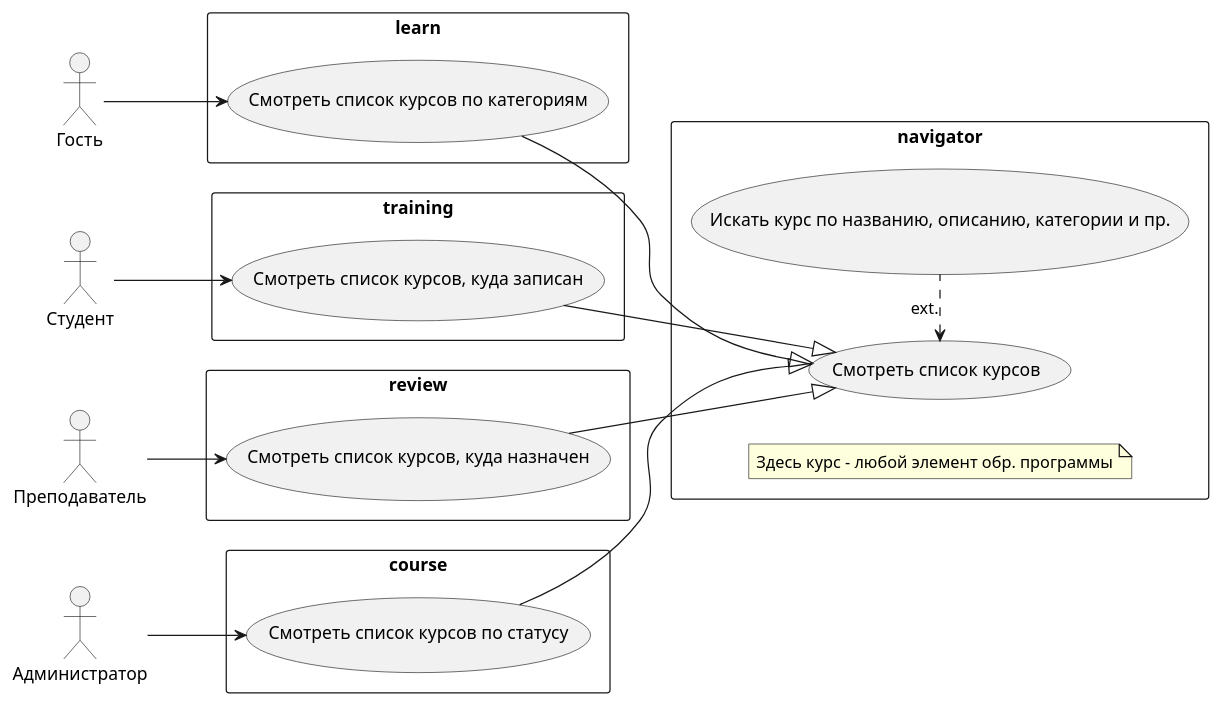
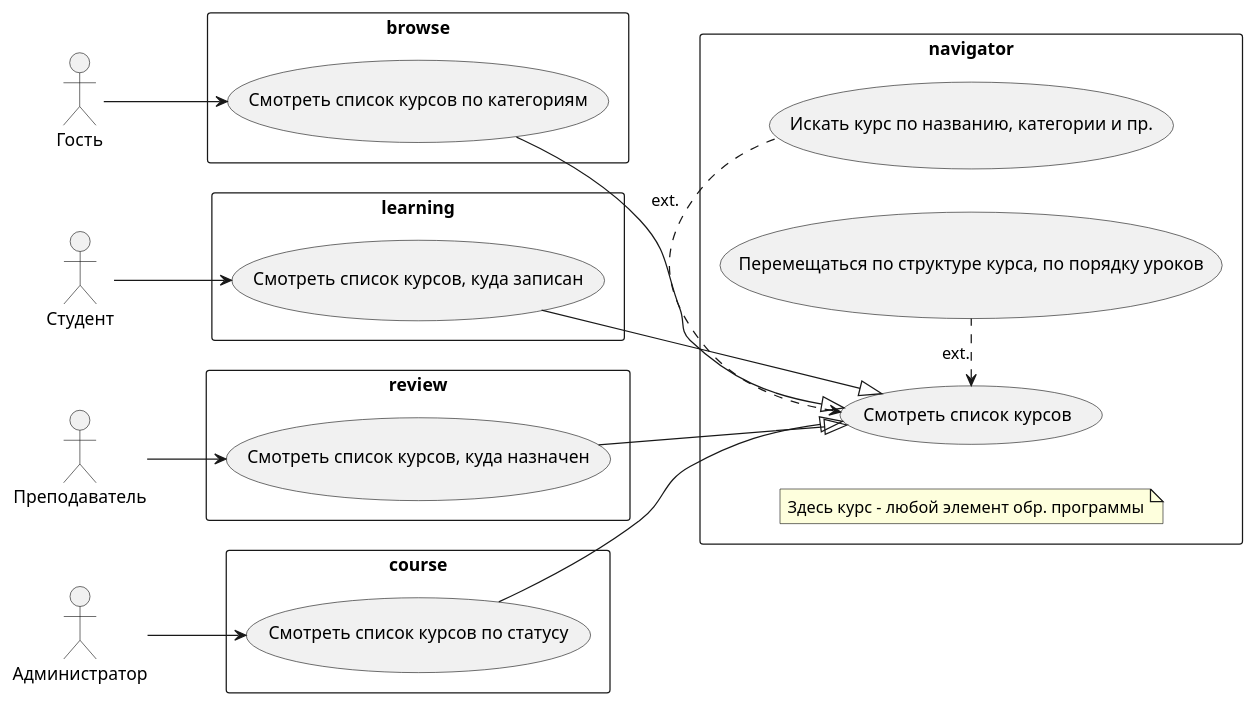
The seventh of 7 diagrams in docs/requirements/requirements.md (karpoftea/mts-kata-2023), drawn with PlantUML before and after one commit. The commit also changed other lines of this file and 3 other files, not shown here.

Commit message:
Добавил sequence для иллюстрации асинхронного взаимодействия, исправил опечатки

````diff
--- a/docs/requirements/requirements.md
+++ b/docs/requirements/requirements.md
@@ -269,44 +268,46 @@
 ```plantuml
 @startuml
 
 left to right direction
 
 actor "Гость" as guest
 actor "Студент" as student
 actor "Преподаватель" as teacher
 actor "Администратор" as admin
 
-rectangle learn {
+rectangle browse {
   usecase "Смотреть список курсов по категориям" as UC21
 }
 
-rectangle training {
+rectangle learning {
   usecase "Смотреть список курсов, куда записан" as UC31
 }
 
 rectangle review {
   usecase "Смотреть список курсов, куда назначен" as UC32
 }
 
 rectangle course {
   usecase "Смотреть список курсов по статусу" as UC71
 }
 
 rectangle navigator {
   usecase "Смотреть список курсов" as UC81
-  usecase "Искать курс по названию, описанию, категории и пр." as UC82
+  usecase "Искать курс по названию, категории и пр." as UC82
+  usecase "Перемещаться по структуре курса, по порядку уроков" as UC83
   note "Здесь курс - любой элемент обр. программы" as N81
 }
 
 guest --> UC21
 student --> UC31
 teacher --> UC32
 admin --> UC71
 UC21 --|> UC81
 UC31 --|> UC81
 UC32 --|> UC81
 UC71 --|> UC81
 UC81 <. UC82 : ext.
+UC81 <. UC83 : ext.
 
 @enduml
 ```
````
